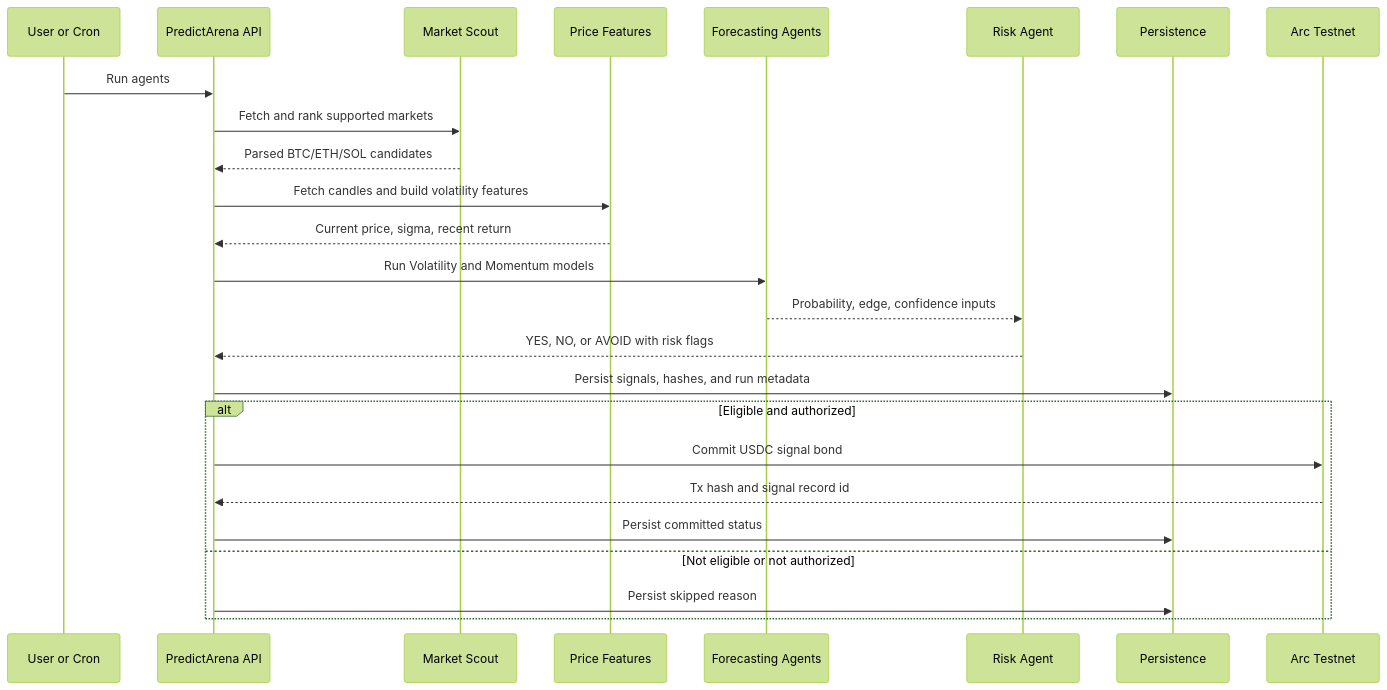
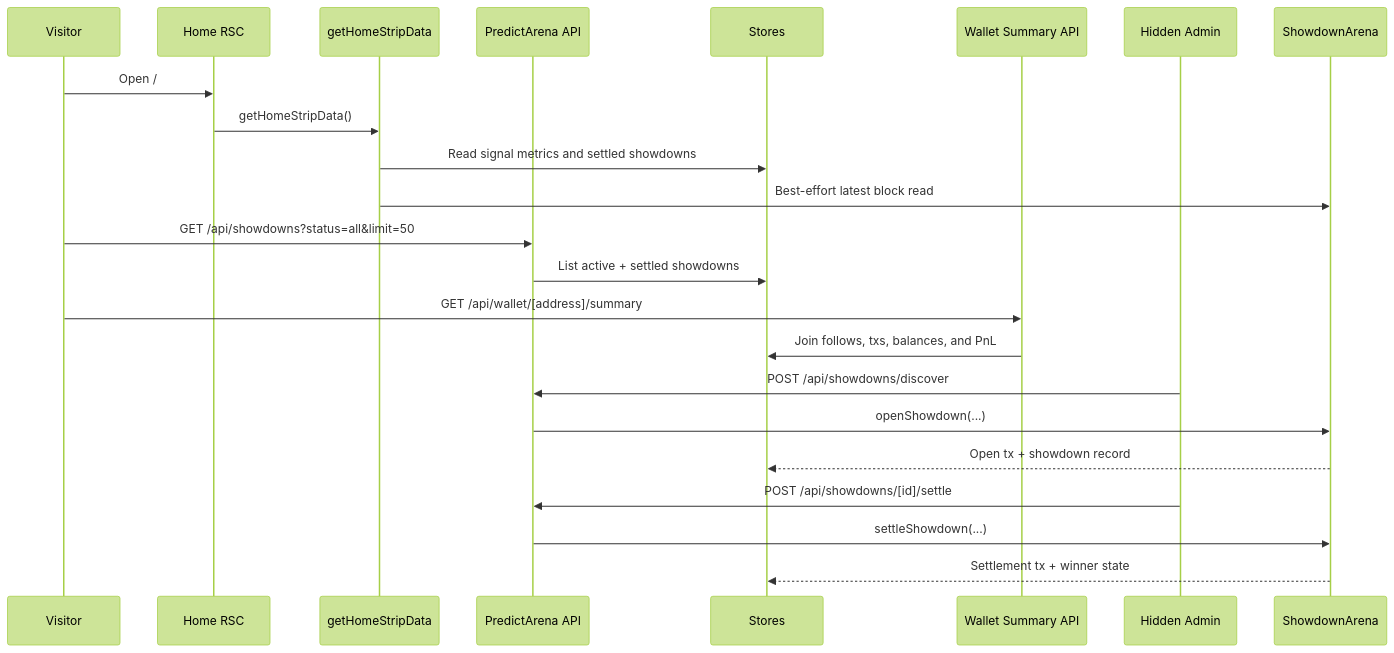
One commit to fangTiger/PredictArena changed the second of 2 diagrams in README.md. Above: the diagram before and after it, drawn with Mermaid (forest theme). The commit also changed other lines of this file and 4 other files, not shown here.

````diff
--- a/README.md
+++ b/README.md
@@ -82,28 +85,26 @@
 ```mermaid
 sequenceDiagram
-  participant User as User or Cron
+  participant Visitor as Visitor
+  participant Home as Home RSC
+  participant Data as getHomeStripData
   participant API as PredictArena API
-  participant Scout as Market Scout
-  participant Price as Price Features
-  participant Agents as Forecasting Agents
-  participant Risk as Risk Agent
-  participant Store as Persistence
-  participant Arc as Arc Testnet
+  participant Store as Stores
+  participant Wallet as Wallet Summary API
+  participant Admin as Hidden Admin
+  participant Arc as ShowdownArena
 
-  User->>API: Run agents
-  API->>Scout: Fetch and rank supported markets
-  Scout-->>API: Parsed BTC/ETH/SOL candidates
-  API->>Price: Fetch candles and build volatility features
-  Price-->>API: Current price, sigma, recent return
-  API->>Agents: Run Volatility and Momentum models
-  Agents-->>Risk: Probability, edge, confidence inputs
-  Risk-->>API: YES, NO, or AVOID with risk flags
-  API->>Store: Persist signals, hashes, and run metadata
-  alt Eligible and authorized
-    API->>Arc: Commit USDC signal bond
-    Arc-->>API: Tx hash and signal record id
-    API->>Store: Persist committed status
-  else Not eligible or not authorized
-    API->>Store: Persist skipped reason
-  end
+  Visitor->>Home: Open /
+  Home->>Data: getHomeStripData()
+  Data->>Store: Read signal metrics and settled showdowns
+  Data->>Arc: Best-effort latest block read
+  Visitor->>API: GET /api/showdowns?status=all&limit=50
+  API->>Store: List active + settled showdowns
+  Visitor->>Wallet: GET /api/wallet/[address]/summary
+  Wallet->>Store: Join follows, txs, balances, and PnL
+  Admin->>API: POST /api/showdowns/discover
+  API->>Arc: openShowdown(...)
+  Arc-->>Store: Open tx + showdown record
+  Admin->>API: POST /api/showdowns/[id]/settle
+  API->>Arc: settleShowdown(...)
+  Arc-->>Store: Settlement tx + winner state
 ```
````
